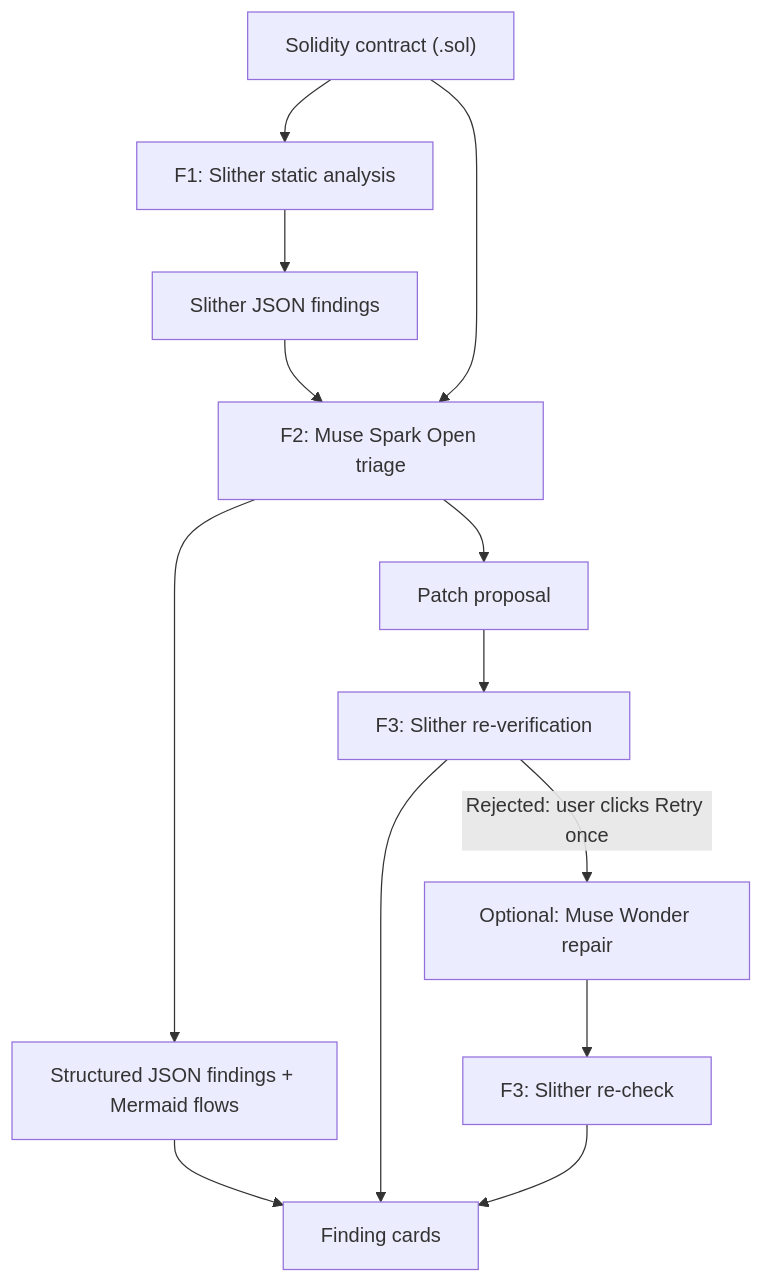
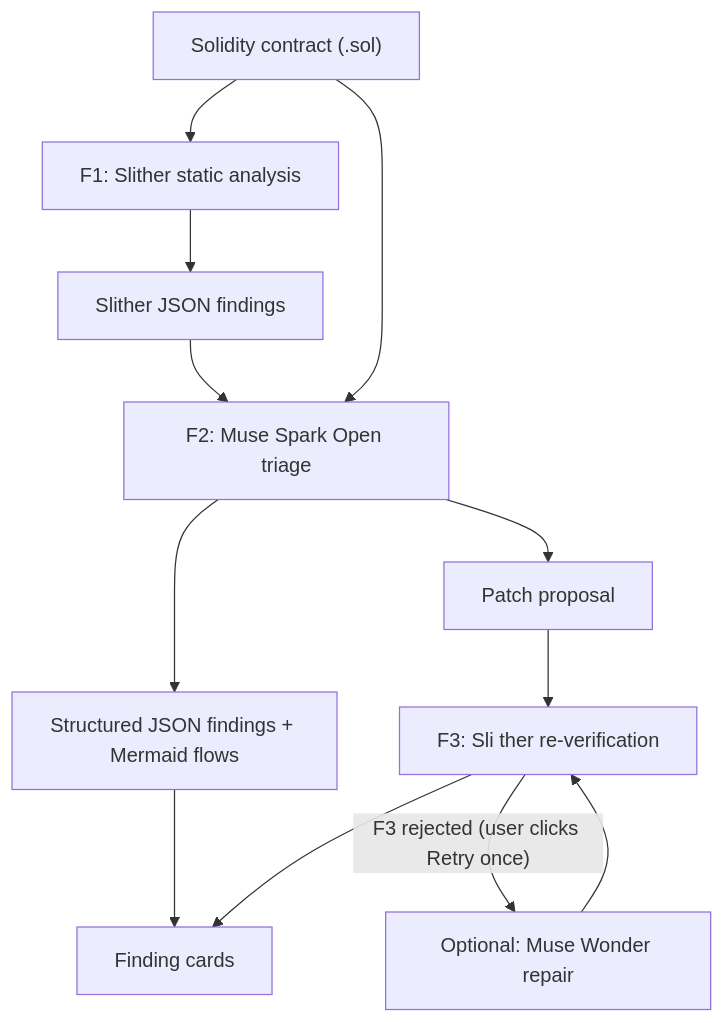
One commit to chokri29/SentryVision changed the diagram in README.md. Above: the diagram before and after it, drawn with Mermaid. The commit also changed other lines of this file, not shown here.

Commit message:
Fix typos in README.md Mermaid flow
Corrected typos in the Mermaid flow descriptions.

````diff
--- a/README.md
+++ b/README.md
@@ -50,15 +50,14 @@
 ```mermaid
 flowchart TD
     A["Solidity contract (.sol)"] --> B["F1: Slither static analysis"]
     B --> C["Slither JSON findings"]
     C --> D["F2: Muse Spark Open triage"]
     A --> D
     D --> E["Structured JSON findings + Mermaid flows"]
     E --> G["Finding cards"]
     D --> H["Patch proposal"]
-    H --> I["F3: Slither re-verification"]
+    H --> I["F3: Sli ther re-verification"]
     I --> G
-    I -->|"Rejected: user clicks Retry once"| J["Optional: Muse Wonder repair"]
-    J --> K["F3: Slither re-check"]
-    K --> G
+    I -->|"F3 rejected (user clicks Retry once)"| J["Optional: Muse Wonder repair"]
+    J --> I
 ```
````
